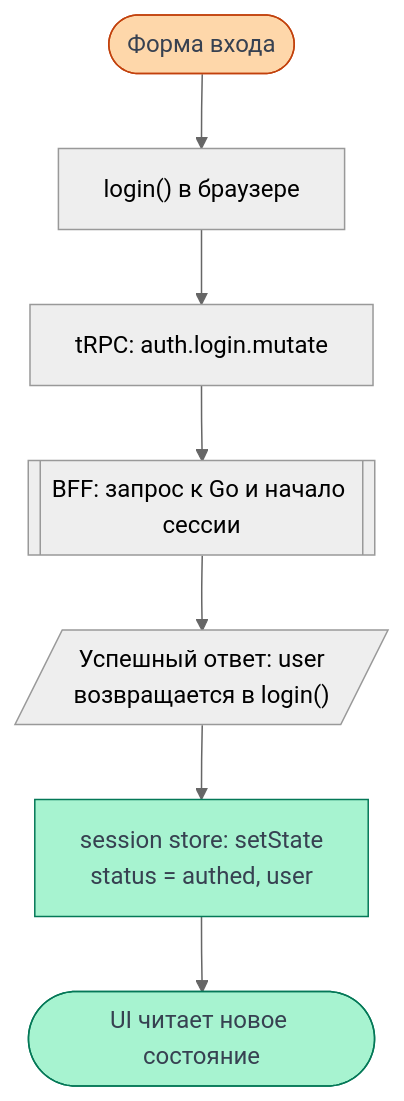
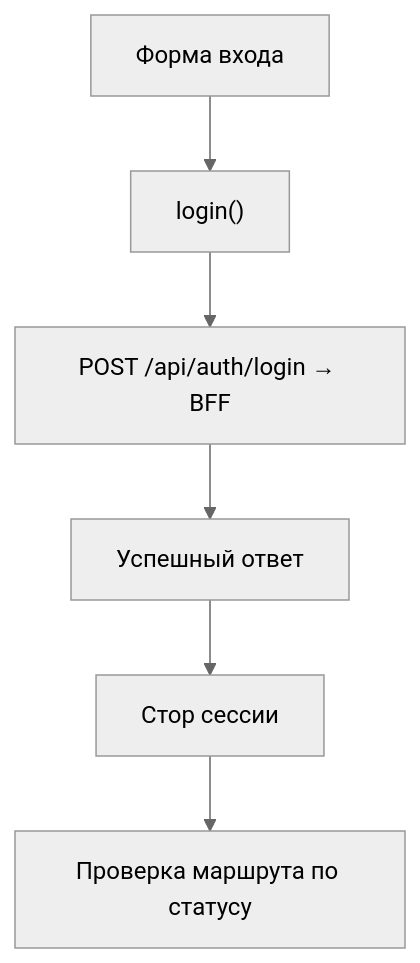
One commit to Cringe-Driven-Development-Team/docs changed the diagram in site/documentation/frontend/architecture.md. Above: the diagram before and after it, drawn with Mermaid (neutral theme). The commit also changed other lines of this file and 9 other files, not shown here.

````diff
--- a/site/documentation/frontend/architecture.md
+++ b/site/documentation/frontend/architecture.md
@@ -101,14 +33,8 @@
 ```mermaid
-%% Flowchart: успешный вход — команда уходит в BFF, ответ меняет клиентский стор и UI.
 flowchart TD
-    form(["Форма входа"]) --> login["login() в браузере"]
-    login --> request["tRPC: auth.login.mutate"]
-    request --> bff[["BFF: запрос к Go и начало сессии"]]
-    bff --> result[/"Успешный ответ: user<br/>возвращается в login()"/]
-    result --> store["session store: setState<br/>status = authed, user"]
-    store --> ui(["UI читает новое состояние"])
-    classDef trigger fill:#fed7aa,stroke:#c2410c,color:#374151
-    classDef success fill:#a7f3d0,stroke:#047857,color:#374151
-    class form trigger
-    class store,ui success
+    form["Форма входа"] --> login["login()"]
+    login --> bff["POST /api/auth/login → BFF"]
+    bff --> result["Успешный ответ"]
+    result --> store["Стор сессии"]
+    store --> ui["Проверка маршрута по статусу"]
 ```
````
